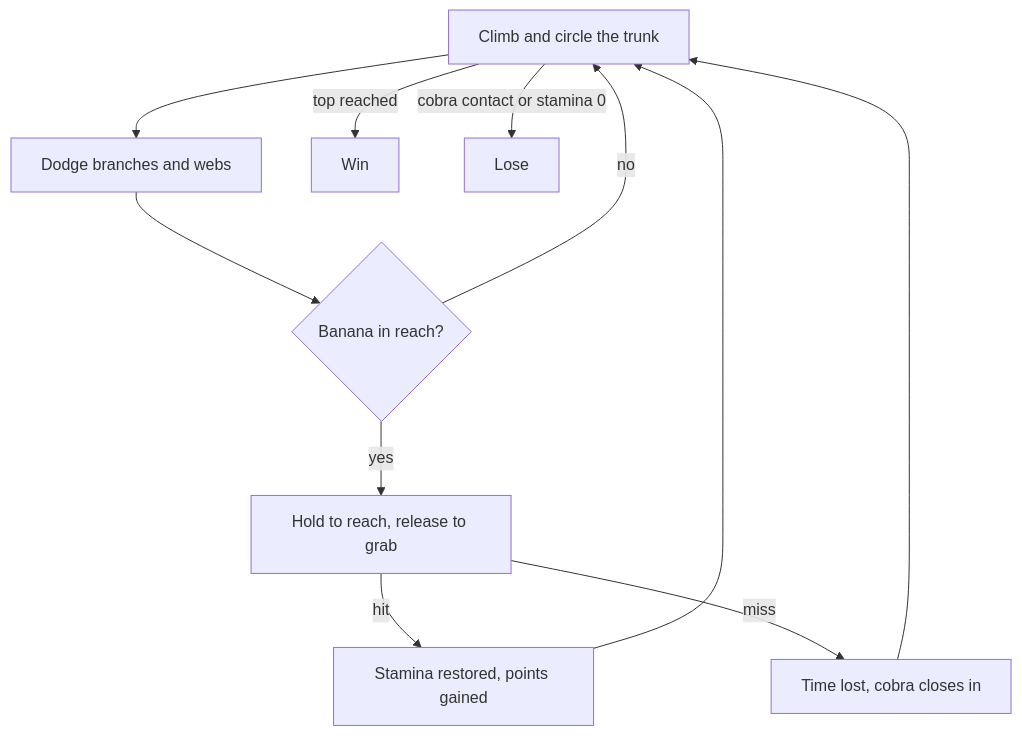
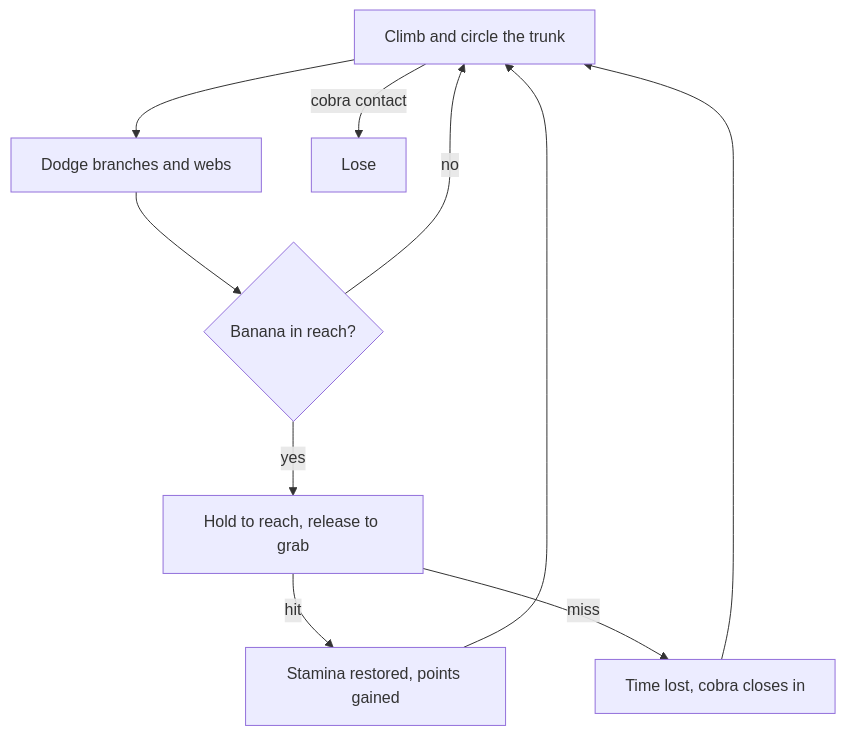
Before and after one commit to CSCI-526/Team4-Lu_Lu: the diagram in docs/monkobra-gdd.md, drawn with Mermaid. The commit also changed other lines of this file and 6 other files, not shown here.

First line of the commit message:
remove win condition; make run endless, loss-only, with cobra surge on mistakes

````diff
--- a/docs/monkobra-gdd.md
+++ b/docs/monkobra-gdd.md
@@ -46,13 +46,12 @@
 ```mermaid
 graph TD
   Climb[Climb and circle the trunk] --> Dodge[Dodge branches and webs]
   Dodge --> Spot{Banana in reach?}
   Spot -->|no| Climb
   Spot -->|yes| Reach[Hold to reach, release to grab]
   Reach -->|hit| Restore[Stamina restored, points gained]
   Reach -->|miss| Exposed[Time lost, cobra closes in]
   Restore --> Climb
   Exposed --> Climb
-  Climb -->|top reached| Win[Win]
-  Climb -->|cobra contact or stamina 0| Lose[Lose]
+  Climb -->|cobra contact| Lose[Lose]
 ```
````
